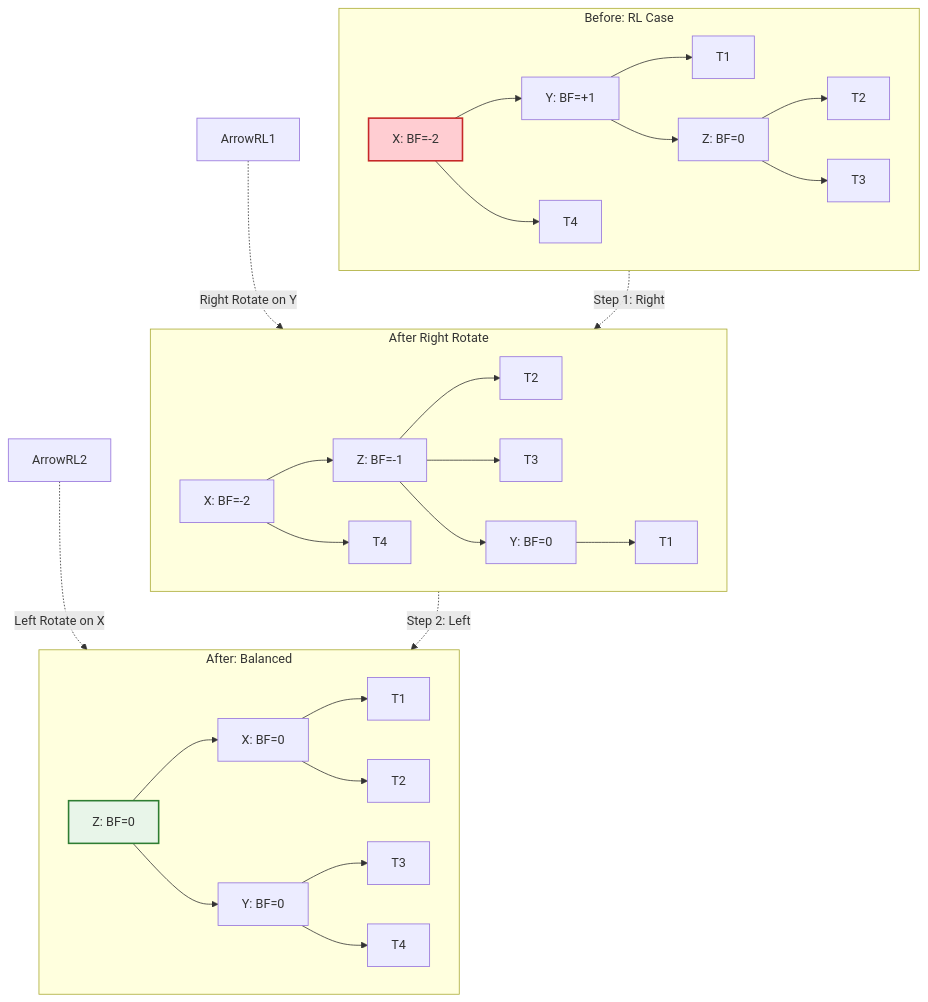
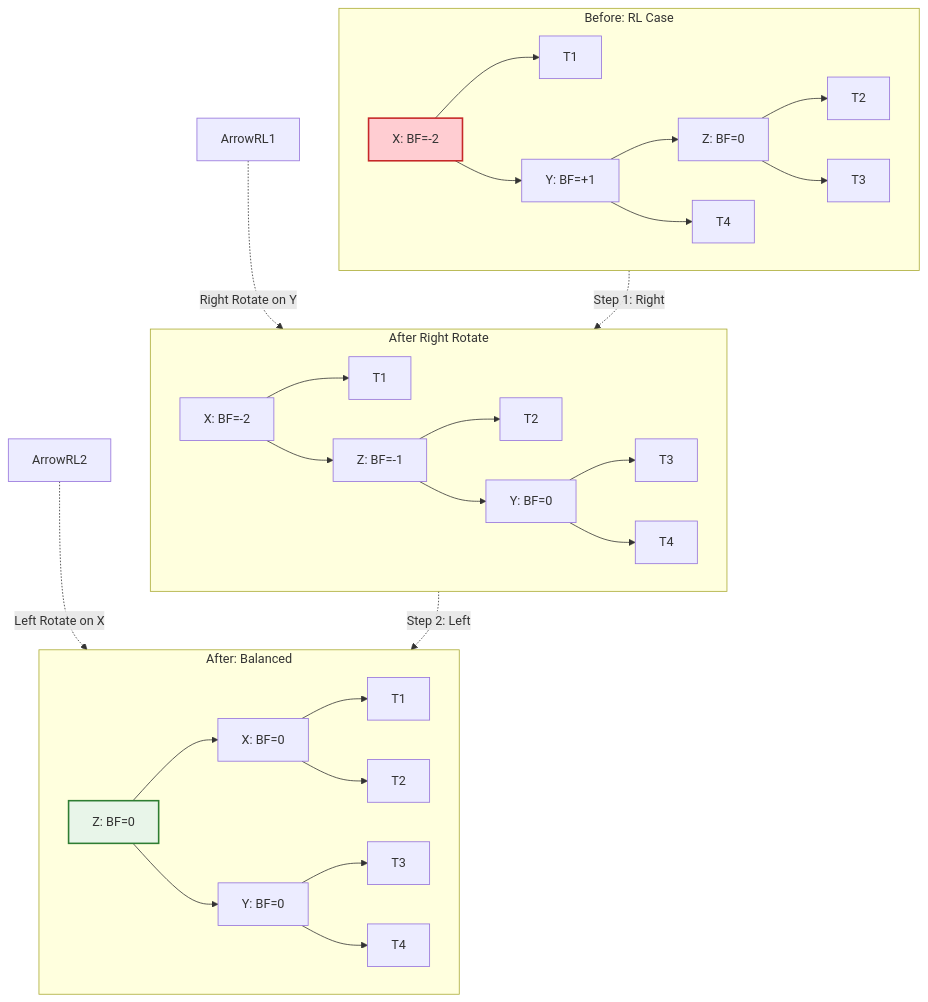
Before and after one commit to imyash0722/SEM3-DSA-UE25CS52A-STUDY-MATERIAL: the fifth of 6 diagrams in site/docs/unit3/theory/unit3_07_avl_trees.md, drawn with Mermaid. The commit also changed other lines of this file and 113 other files, not shown here.

Commit message:
Fix Mermaid diagram syntax, dark mode readability, algorithmic visualizations, and update site build

````diff
--- a/site/docs/unit3/theory/unit3_07_avl_trees.md
+++ b/site/docs/unit3/theory/unit3_07_avl_trees.md
@@ -136,38 +136,38 @@
 ```mermaid
 graph TD
     subgraph RLBefore[Before: RL Case]
-        X1[X: BF=-2] --> Y1[Y: BF=+1]
-        Y1 --> T11[T1]
+        X1[X: BF=-2] --> T11[T1]
+        X1 --> Y1[Y: BF=+1]
         Y1 --> Z1[Z: BF=0]
+        Y1 --> T41[T4]
         Z1 --> T21[T2]
         Z1 --> T31[T3]
-        X1 --> T41[T4]
     end
     
     ArrowRL1 -.->|Right Rotate on Y| RLMid
     
     subgraph RLMid[After Right Rotate]
-        X2[X: BF=-2] --> Z2[Z: BF=-1]
-        X2 --> T42[T4]
+        X2[X: BF=-2] --> T12[T1]
+        X2 --> Z2[Z: BF=-1]
         Z2 --> T22[T2]
-        Z2 --> T32[T3]
         Z2 --> Y2[Y: BF=0]
-        Y2 --> T12[T1]
+        Y2 --> T32[T3]
+        Y2 --> T42[T4]
     end
     
     ArrowRL2 -.->|Left Rotate on X| RLAfter
     
     subgraph RLAfter[After: Balanced]
         Z3[Z: BF=0] --> X3[X: BF=0]
         Z3 --> Y3[Y: BF=0]
         X3 --> T13[T1]
         X3 --> T23[T2]
         Y3 --> T33[T3]
         Y3 --> T43[T4]
     end
     
     RLBefore -.->|Step 1: Right| RLMid -.->|Step 2: Left| RLAfter
     
     style X1 fill:#ffcdd2,stroke:#c62828,stroke-width:2px
     style Z3 fill:#e8f5e9,stroke:#2e7d32,stroke-width:2px
 ```
````
